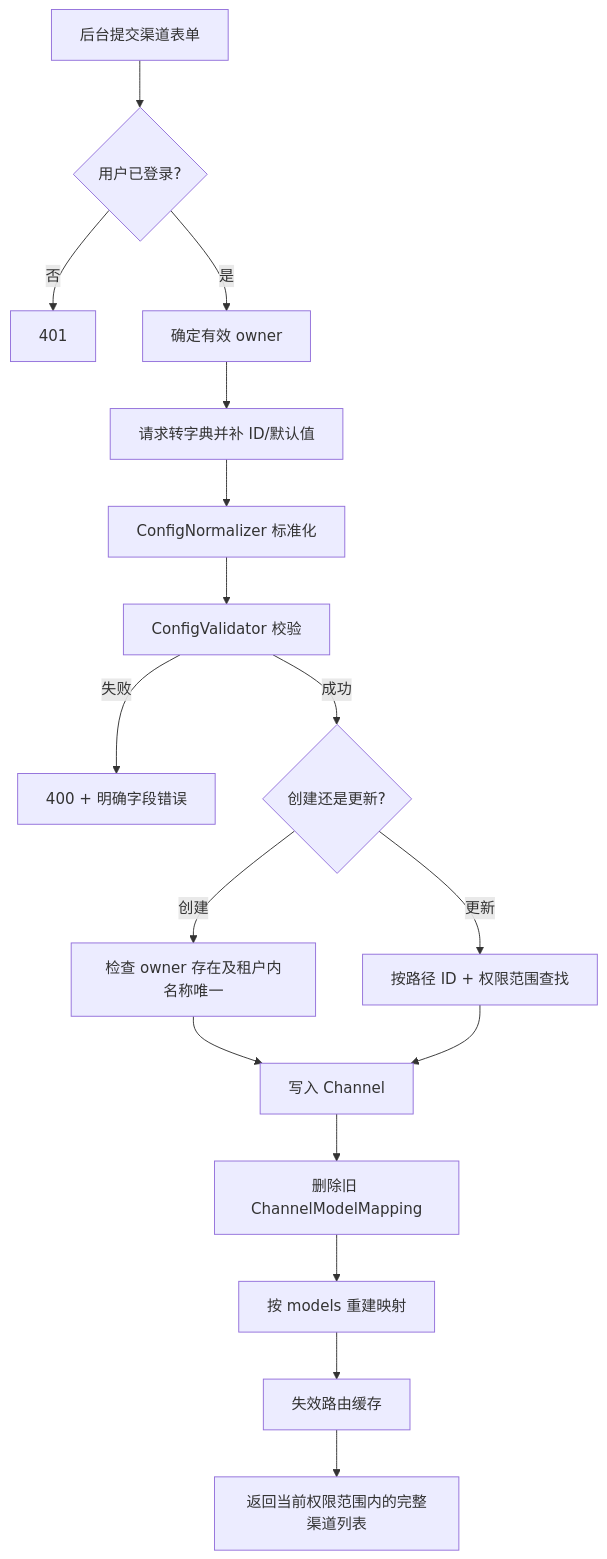
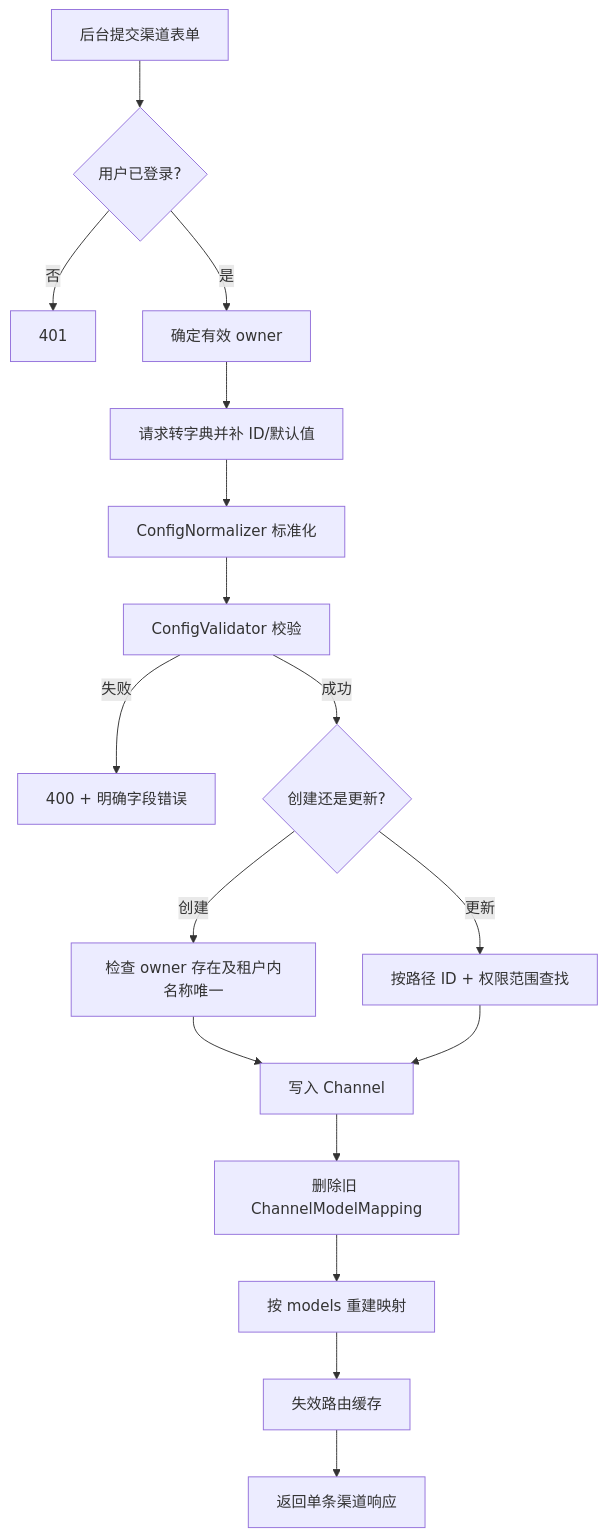
Before and after one commit to shL1481558059/OpenCodex: the second of 3 diagrams in prd/06-channel-management.md, drawn with Mermaid. The commit also changed other lines of this file and 21 other files, not shown here.

````diff
--- a/prd/06-channel-management.md
+++ b/prd/06-channel-management.md
@@ -278,19 +353,19 @@
 ```mermaid
 flowchart TD
     A[后台提交渠道表单] --> B{用户已登录?}
     B -- 否 --> U[401]
     B -- 是 --> C[确定有效 owner]
     C --> D[请求转字典并补 ID/默认值]
     D --> E[ConfigNormalizer 标准化]
     E --> F[ConfigValidator 校验]
     F -- 失败 --> V[400 + 明确字段错误]
     F -- 成功 --> G{创建还是更新?}
     G -- 创建 --> H[检查 owner 存在及租户内名称唯一]
     G -- 更新 --> I[按路径 ID + 权限范围查找]
     H --> J[写入 Channel]
     I --> J
     J --> K[删除旧 ChannelModelMapping]
     K --> L[按 models 重建映射]
     L --> M[失效路由缓存]
-    M --> N[返回当前权限范围内的完整渠道列表]
+    M --> N[返回单条渠道响应]
 ```
````
